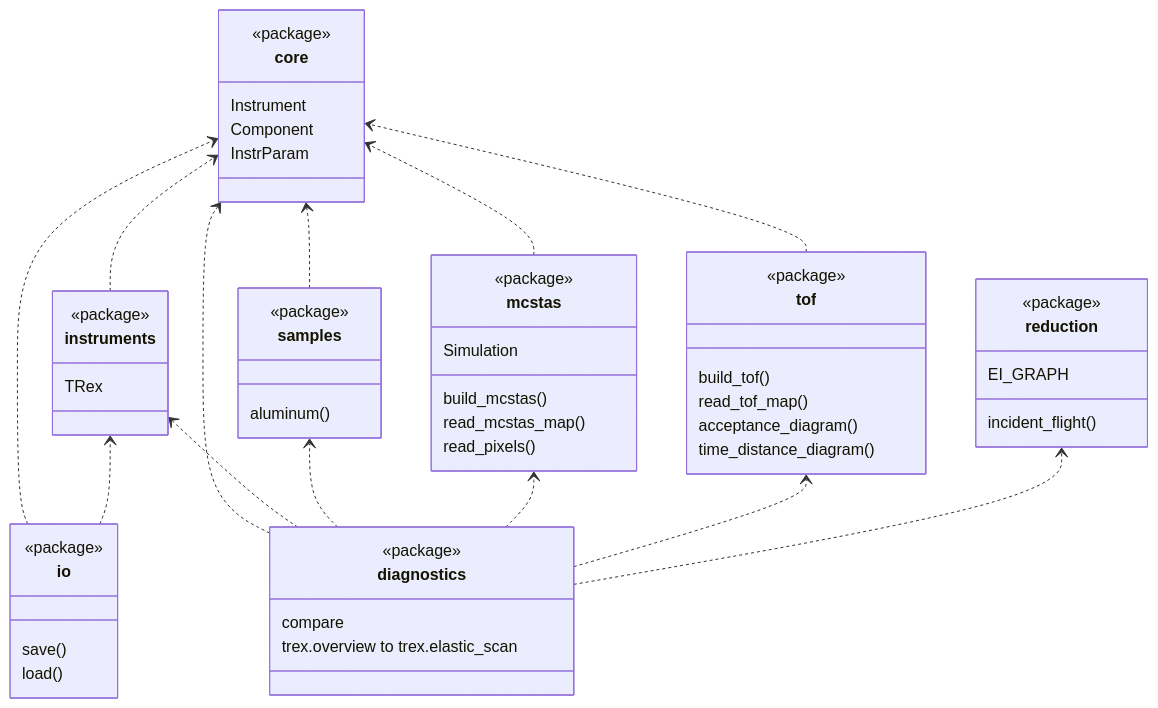
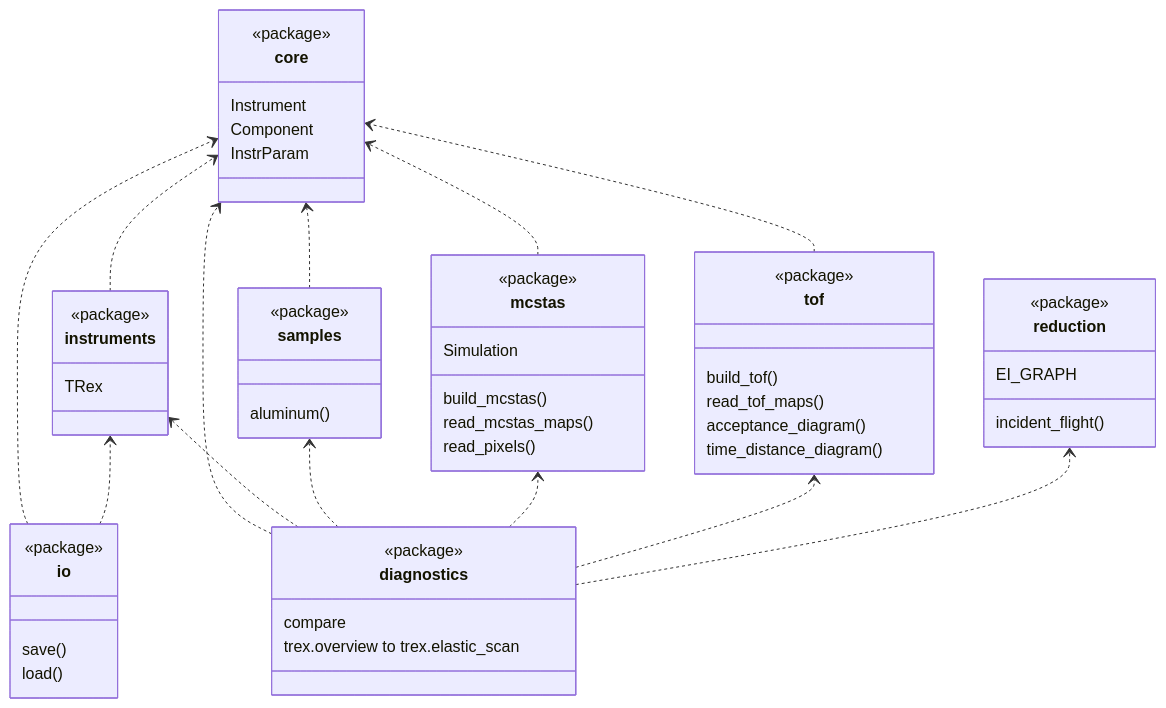
The diagram in docs/code-layout.md (bingli621/mcdgs), drawn with Mermaid before and after one commit. The commit also changed 26 other files, not shown here.

First line of the commit message:
Read the monitors of a run in one call: read_mcstas_maps and read_tof_maps

````diff
--- a/docs/code-layout.md
+++ b/docs/code-layout.md
@@ -23,59 +23,59 @@
 ```mermaid
 classDiagram
     direction BT
     class core {
         <<package>>
         Instrument
         Component
         InstrParam
     }
     class instruments {
         <<package>>
         TRex
     }
     class samples {
         <<package>>
         aluminum()
     }
     class mcstas {
         <<package>>
         build_mcstas()
         Simulation
-        read_mcstas_map()
+        read_mcstas_maps()
         read_pixels()
     }
     class tof {
         <<package>>
         build_tof()
-        read_tof_map()
+        read_tof_maps()
         acceptance_diagram()
         time_distance_diagram()
     }
     class io {
         <<package>>
         save()
         load()
     }
     class reduction {
         <<package>>
         EI_GRAPH
         incident_flight()
     }
     class diagnostics {
         <<package>>
         compare
         trex.overview to trex.elastic_scan
     }
     instruments ..> core
     samples ..> core
     mcstas ..> core
     tof ..> core
     io ..> core
     io ..> instruments
     diagnostics ..> core
     diagnostics ..> instruments
     diagnostics ..> samples
     diagnostics ..> mcstas
     diagnostics ..> tof
     diagnostics ..> reduction
 ```
````
